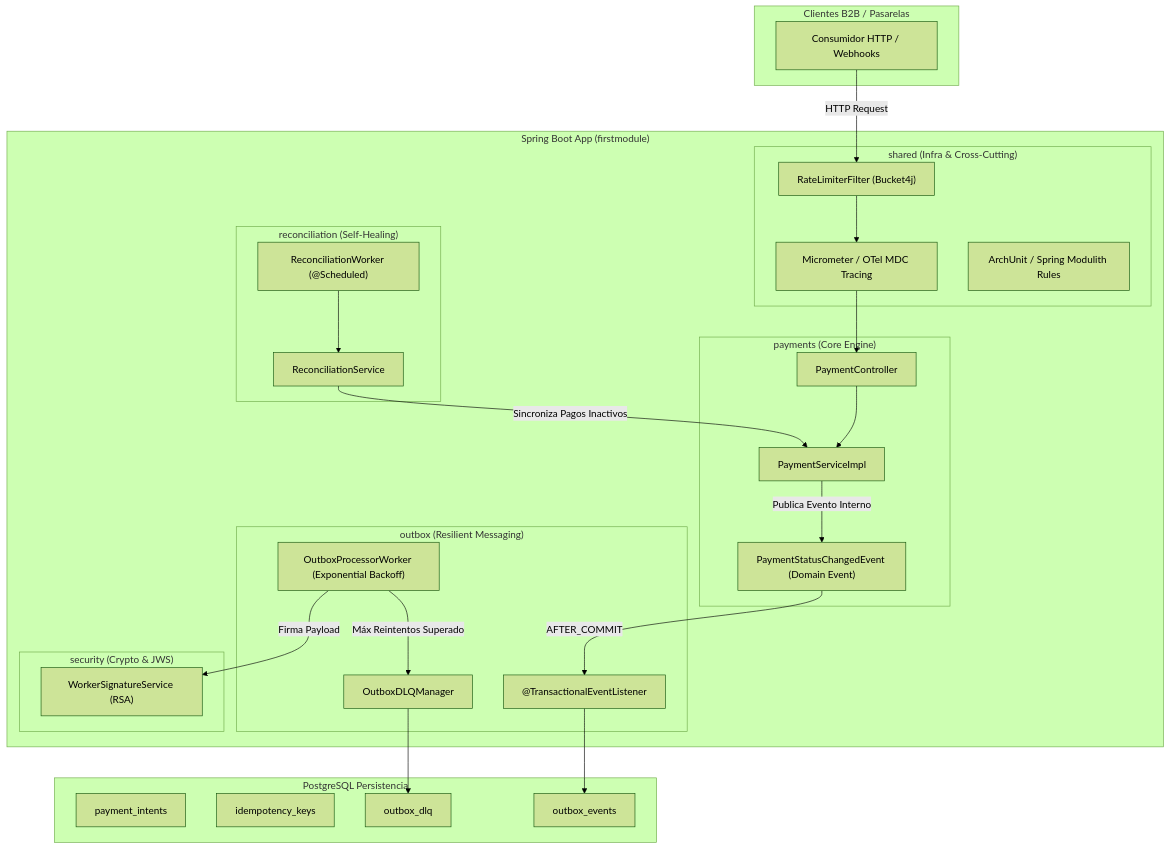
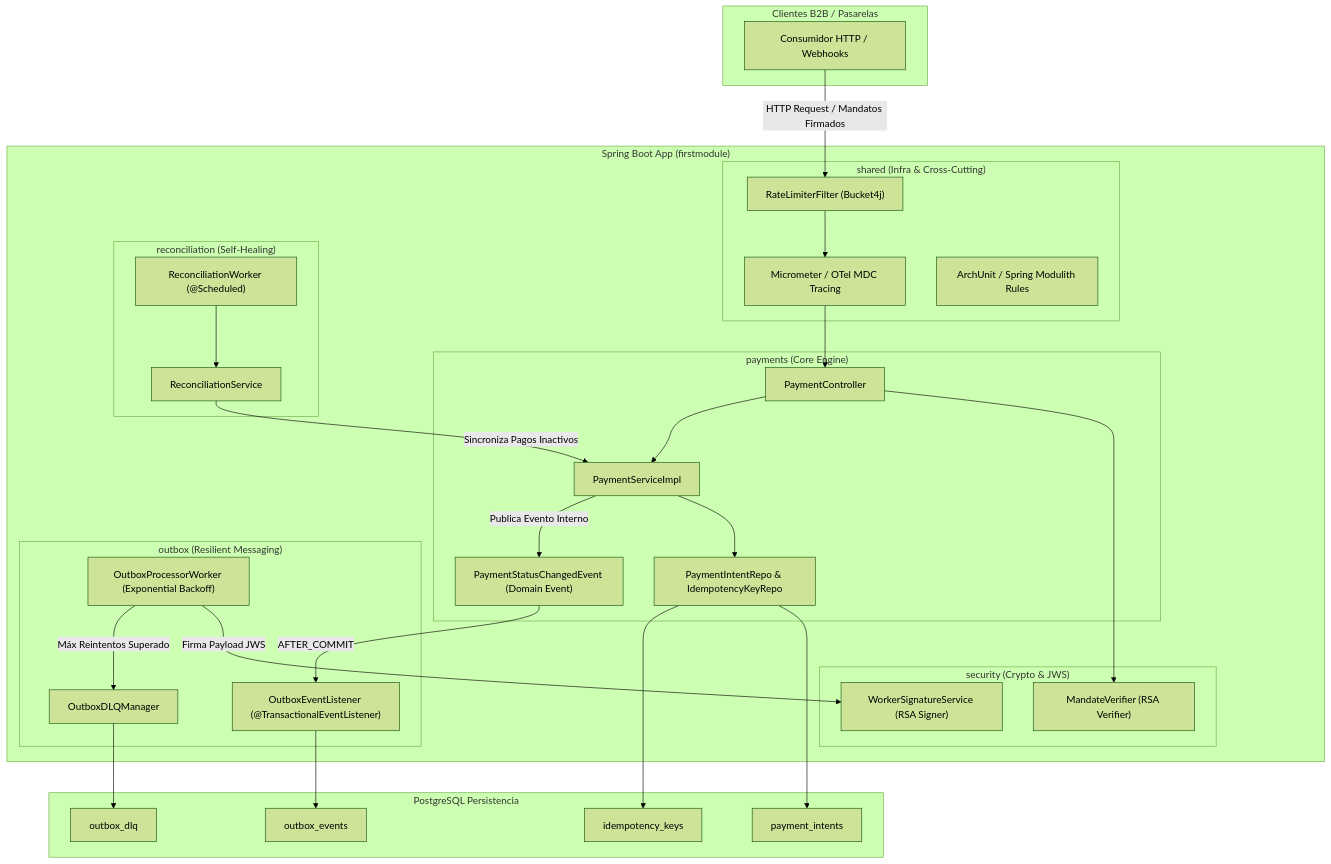
The diagram in next-steps.md (LuisEC10/b2b-micropayment-core), drawn with Mermaid (forest theme) before and after one commit.

Commit message:
fix: ajuyste de arquitectura

````diff
--- a/next-steps.md
+++ b/next-steps.md
@@ -30,55 +30,61 @@
 ```mermaid
 graph TB
     subgraph Client ["Clientes B2B / Pasarelas"]
         API_REQ["Consumidor HTTP / Webhooks"]
     end
 
     subgraph Monolith ["Spring Boot App (firstmodule)"]
         subgraph Shared ["shared (Infra & Cross-Cutting)"]
             RL_FILTER["RateLimiterFilter (Bucket4j)"]
             MDC_TRACER["Micrometer / OTel MDC Tracing"]
             MODULITH_TEST["ArchUnit / Spring Modulith Rules"]
         end
 
         subgraph Payments ["payments (Core Engine)"]
             P_CTRL["PaymentController"]
             P_SVC["PaymentServiceImpl"]
+            P_REPO["PaymentIntentRepo & IdempotencyKeyRepo"]
             P_EVENT["PaymentStatusChangedEvent (Domain Event)"]
         end
 
         subgraph Outbox ["outbox (Resilient Messaging)"]
-            OUT_LISTENER["@TransactionalEventListener"]
+            OUT_LISTENER["OutboxEventListener (@TransactionalEventListener)"]
             OUT_WORKER["OutboxProcessorWorker (Exponential Backoff)"]
             DLQ_MGR["OutboxDLQManager"]
         end
 
         subgraph Reconciliation ["reconciliation (Self-Healing)"]
             REC_WORKER["ReconciliationWorker (@Scheduled)"]
             REC_SVC["ReconciliationService"]
         end
 
         subgraph Security ["security (Crypto & JWS)"]
-            JWS_SIGN["WorkerSignatureService (RSA)"]
+            JWS_SIGN["WorkerSignatureService (RSA Signer)"]
+            MANDATE_VER["MandateVerifier (RSA Verifier)"]
         end
     end
 
     subgraph Database ["PostgreSQL Persistencia"]
         DB_PAY["payment_intents"]
         DB_IDEM["idempotency_keys"]
         DB_OUT["outbox_events"]
         DB_DLQ["outbox_dlq"]
     end
 
-    API_REQ -->|HTTP Request| RL_FILTER
+    API_REQ -->|HTTP Request / Mandatos Firmados| RL_FILTER
     RL_FILTER --> MDC_TRACER
     MDC_TRACER --> P_CTRL
+    P_CTRL --> MANDATE_VER
     P_CTRL --> P_SVC
+    P_SVC --> P_REPO
+    P_REPO --> DB_PAY
+    P_REPO --> DB_IDEM
     P_SVC -->|Publica Evento Interno| P_EVENT
     P_EVENT -->|AFTER_COMMIT| OUT_LISTENER
     OUT_LISTENER --> DB_OUT
-    OUT_WORKER -->|Firma Payload| JWS_SIGN
+    OUT_WORKER -->|Firma Payload JWS| JWS_SIGN
     OUT_WORKER -->|Máx Reintentos Superado| DLQ_MGR
     DLQ_MGR --> DB_DLQ
     REC_WORKER --> REC_SVC
     REC_SVC -->|Sincroniza Pagos Inactivos| P_SVC
 ```
````
